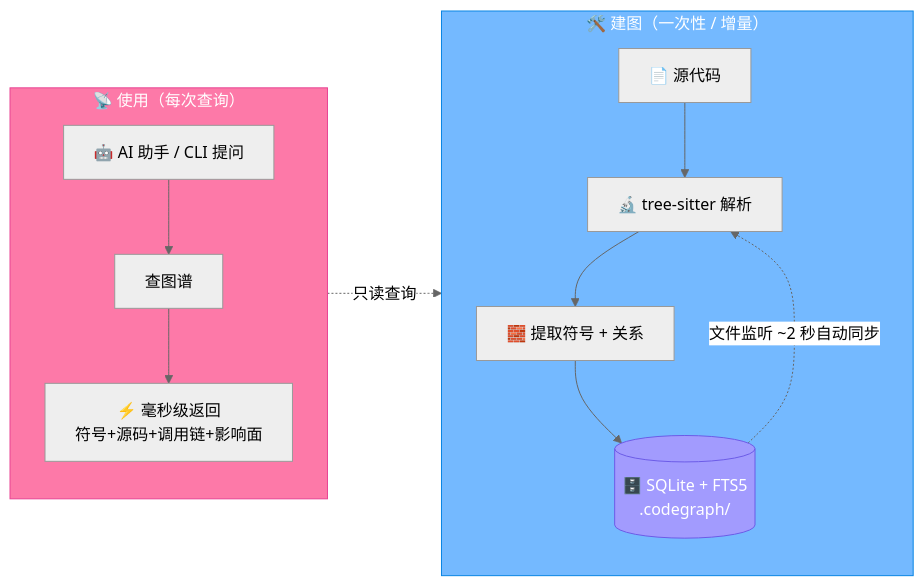
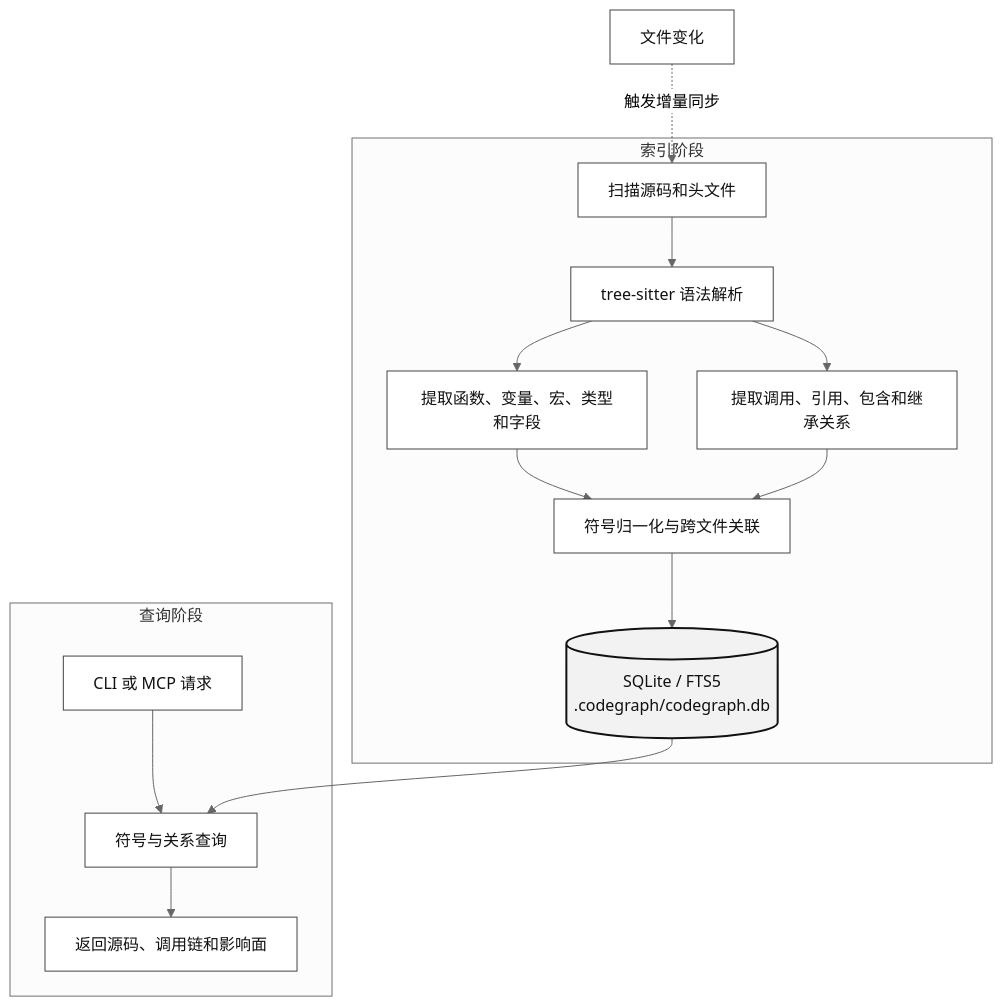
One commit to chenmr0/codegraph changed the sixth of 7 diagrams in README.md. Above: the diagram before and after it, drawn with Mermaid (neutral theme). The commit also changed other lines of this file, not shown here.

````diff
--- a/README.md
+++ b/README.md
@@ -206,19 +223,23 @@
 ```mermaid
-flowchart LR
-    subgraph 建图["🛠️ 建图（一次性 / 增量）"]
-        direction TB
-        S1["📄 源代码"] --> S2["🔬 tree-sitter 解析"]
-        S2 --> S3["🧱 提取符号 + 关系"]
-        S3 --> S4[("🗄️ SQLite + FTS5<br/>.codegraph/")]
+flowchart TB
+    subgraph INDEX["索引阶段"]
+        S1["扫描源码和头文件"] --> S2["tree-sitter 语法解析"]
+        S2 --> S3["提取函数、变量、宏、类型和字段"]
+        S2 --> S4["提取调用、引用、包含和继承关系"]
+        S3 --> S5["符号归一化与跨文件关联"]
+        S4 --> S5
+        S5 --> DB[("SQLite / FTS5\n.codegraph/codegraph.db")]
     end
-    subgraph 使用["📡 使用（每次查询）"]
-        direction TB
-        Q1["🤖 AI 助手 / CLI 提问"] --> Q2["查图谱"]
-        Q2 --> Q3["⚡ 毫秒级返回<br/>符号+源码+调用链+影响面"]
+
+    subgraph QUERY["查询阶段"]
+        Q1["CLI 或 MCP 请求"] --> Q2["符号与关系查询"]
+        Q2 --> Q3["返回源码、调用链和影响面"]
     end
-    S4 -. "文件监听 ~2 秒自动同步" .-> S2
-    Q2 -. "只读查询" .-> S4
-    style 建图 fill:#74b9ff,stroke:#0984e3,color:#fff
-    style 使用 fill:#fd79a8,stroke:#e84393,color:#fff
-    style S4 fill:#a29bfe,stroke:#6c5ce7,color:#fff
+
+    DB --> Q2
+    W["文件变化"] -.触发增量同步.-> S1
+
+    classDef default fill:#ffffff,stroke:#444,color:#111;
+    classDef store fill:#f2f2f2,stroke:#111,stroke-width:2px,color:#111;
+    class DB store;
 ```
````
